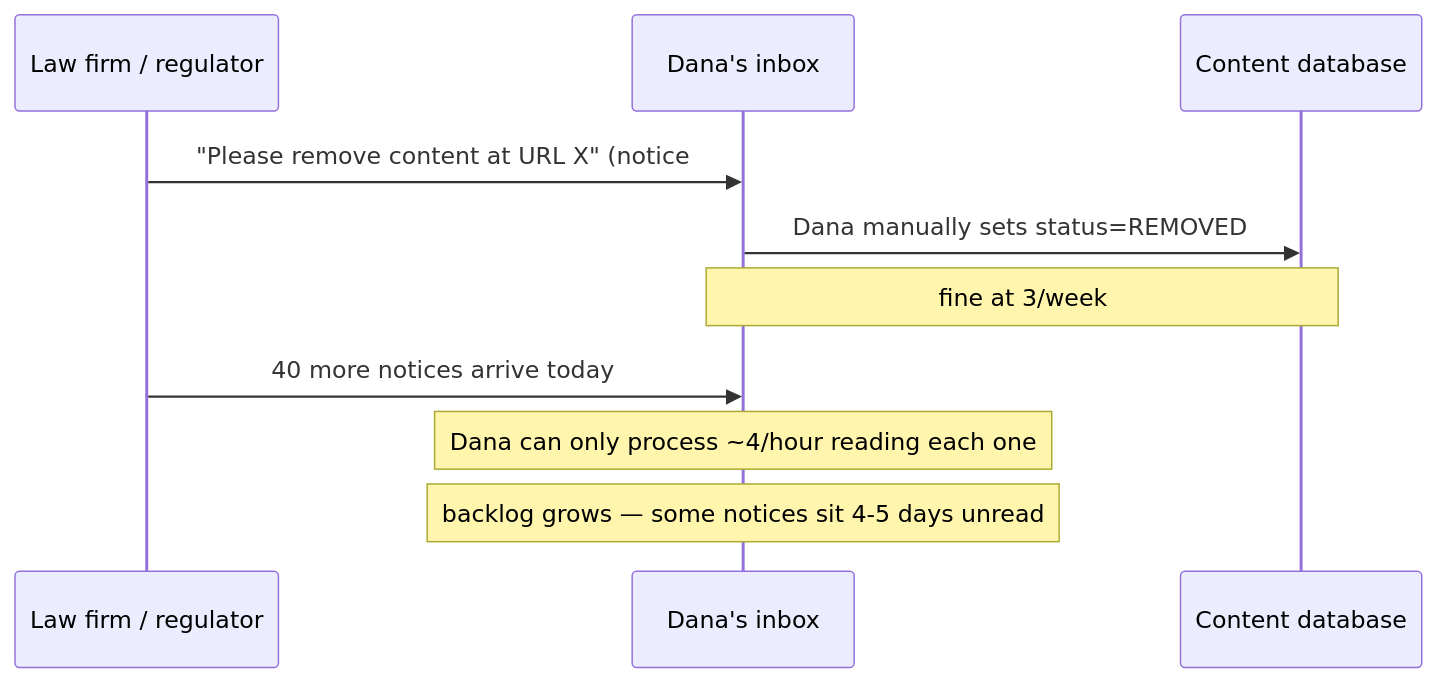
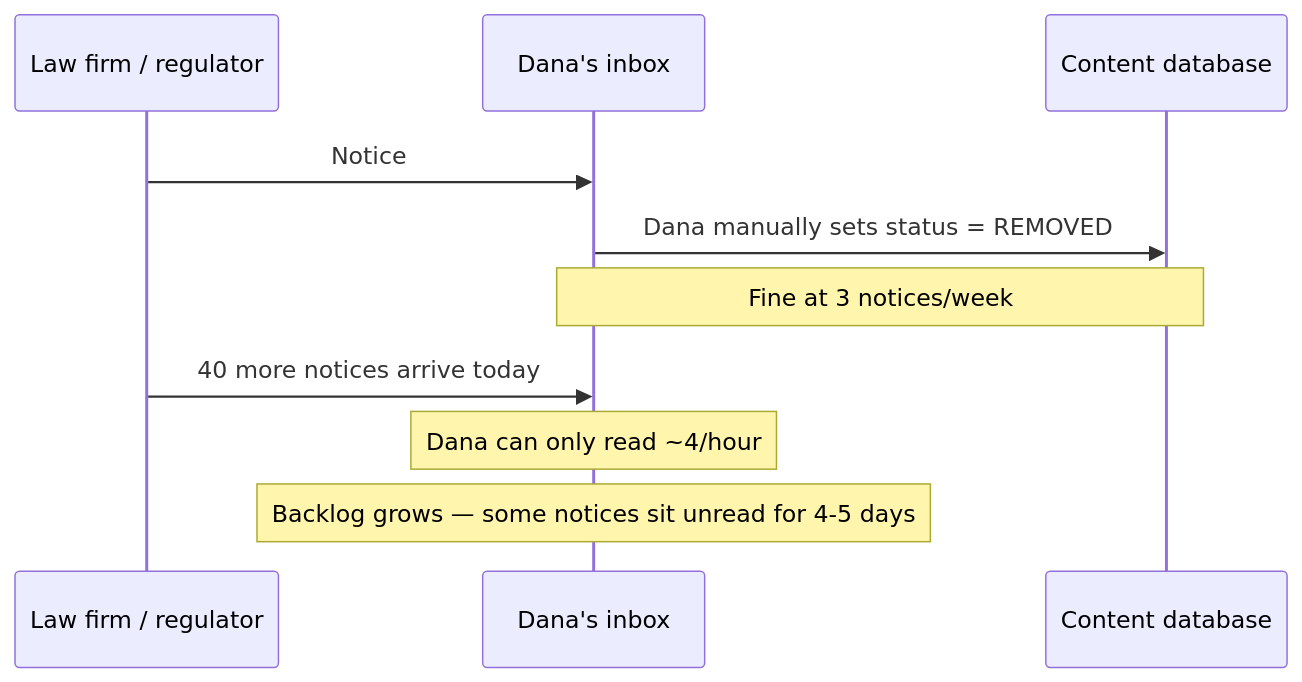
The first of 13 diagrams in system-design/HLD/0-course/48-Legal-Takedown-Propagation-System-FAANG-Guide-story.md (riyaz-pasha/Learnings), drawn with Mermaid before and after one commit. The commit also changed other lines of this file and 1 other file, not shown here.

Commit message:
[REWRITE] Legal Takedown Propagation story guide: simplify prose, add structure, fix diagrams

````diff
--- a/system-design/HLD/0-course/48-Legal-Takedown-Propagation-System-FAANG-Guide-story.md
+++ b/system-design/HLD/0-course/48-Legal-Takedown-Propagation-System-FAANG-Guide-story.md
@@ -15,14 +43,14 @@
 ```mermaid
 sequenceDiagram
     participant Legal as Law firm / regulator
-    participant Email as Dana's inbox
+    participant Dana as Dana's inbox
     participant DB as Content database
 
-    Legal->>Email: "Please remove content at URL X" (notice #1)
-    Email->>DB: Dana manually sets status=REMOVED
-    Note over Email,DB: fine at 3/week
+    Legal->>Dana: Notice #1: "Remove content at URL X"
+    Dana->>DB: Dana manually sets status = REMOVED
+    Note over Dana,DB: Fine at 3 notices/week
 
-    Legal->>Email: 40 more notices arrive today
-    Note over Email: Dana can only process ~4/hour reading each one
-    Note over Email: backlog grows — some notices sit 4-5 days unread
+    Legal->>Dana: 40 more notices arrive today
+    Note over Dana: Dana can only read ~4/hour
+    Note over Dana: Backlog grows — some notices sit unread for 4-5 days
 ```
````
